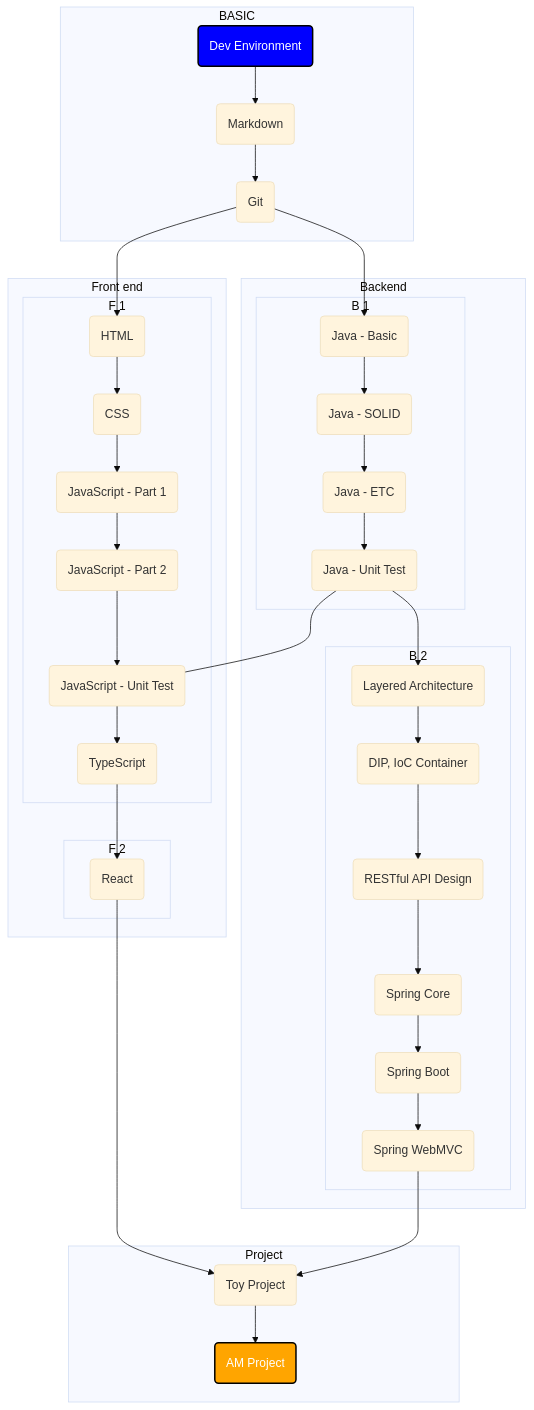
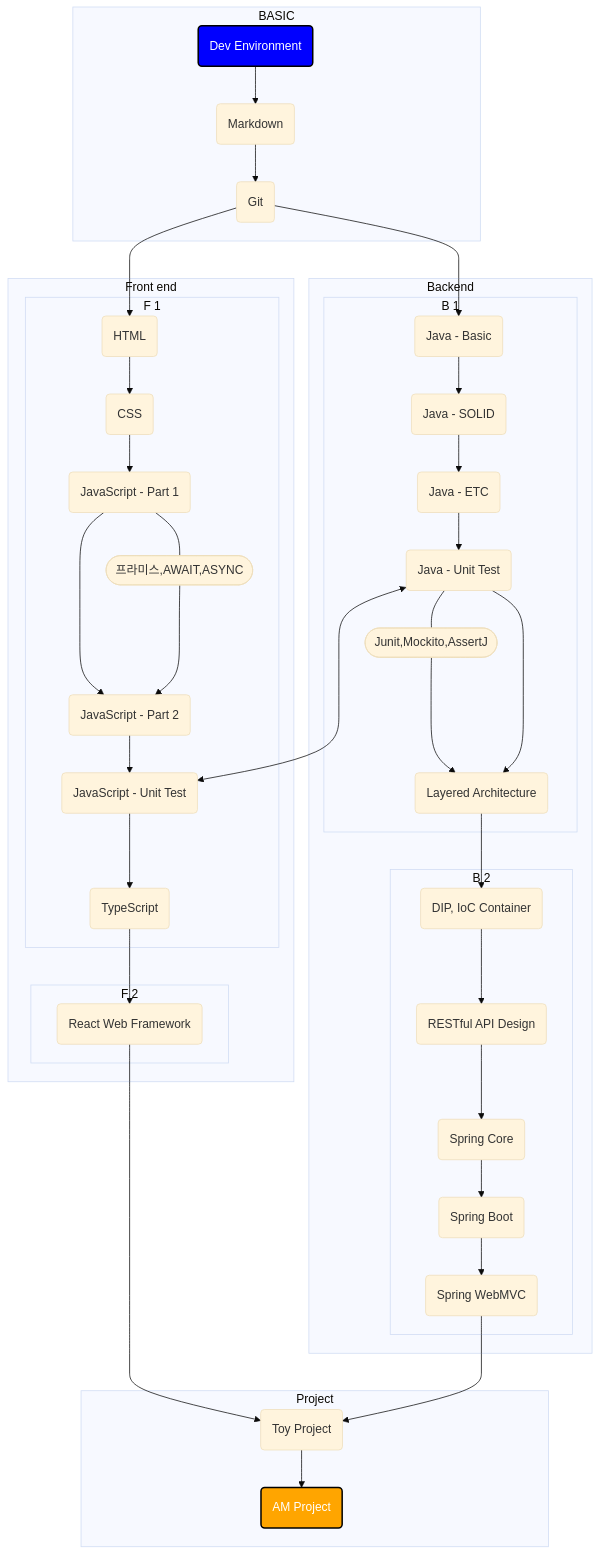
One commit to HankJoo/HankJoo changed the diagram in README.md. Above: the diagram before and after it, drawn with Mermaid (base theme).

````diff
--- a/README.md
+++ b/README.md
@@ -9,73 +9,77 @@
 ```mermaid
 flowchart TB
 
 %% Colors %%
 classDef blue fill:blue,stroke:#000,stroke-width:2px,color:#fff
 classDef orange fill:orange,stroke:#000,stroke-width:2px,color:#fff
       
     subgraph BASIC                          
         D(Dev Environment):::blue
         M(Markdown)
         G(Git)
         D-->M-->G                                             
     end
     
     G-->B1      
                     
     subgraph "Backend"
         subgraph "B 1"
             B1(Java - Basic)
             B2(Java - SOLID)
             B3(Java - ETC)        
-            B4(Java - Unit Test)        
+            B4(Java - Unit Test)     
+            F401([Junit,Mockito,AssertJ])   
             B1-->B2-->B3-->B4
+            B4---F401--->B5
         end
     
     B4-->B5
         
         subgraph "B 2" 
             B5(Layered Architecture)
             B6(DIP, IoC Container)
             B7(RESTful API Design)
             B8(Spring Core)
             B9(Spring Boot)
             B10(Spring WebMVC)
             B5-->B6-->B7-->B8-->B9-->B10
         end        
     end
     
     G-->F1
     
     subgraph "Front end"
         subgraph "F 1"
             F1(HTML)
             F2(CSS)
             F3(JavaScript - Part 1)
+            F301([프라미스,AWAIT,ASYNC])
             F4(JavaScript - Part 2)
             F5(JavaScript - Unit Test)
             F6(TypeScript)
-            F1-->F2-->F3-->F4-->F5-->F6
+            F1-->F2-->F3-->F4-->F5-->F6            
+            F3---F301--->F4
         end
     
     F6 --> F7   
         
         subgraph "F 2"
-            F7(React)                
+            F7(React Web Framework)                
         end       
     end
     
     F7 --> P1
     B10 --> P1
     P1 --> P2
     
-    B4---F5
+    B4<--->F5
     
     subgraph "Project"
             P1(Toy Project)
             P2(AM Project):::orange        
     end 
 
 
 
 
 ```
````
